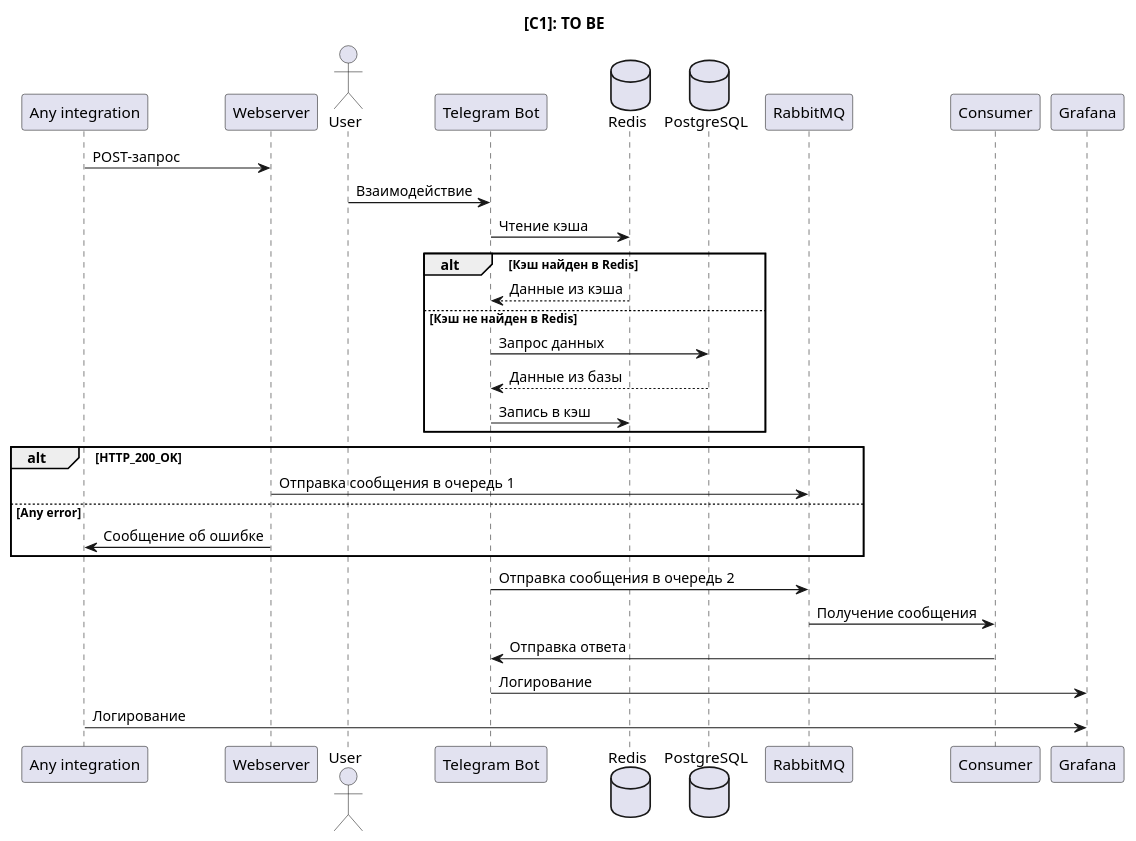
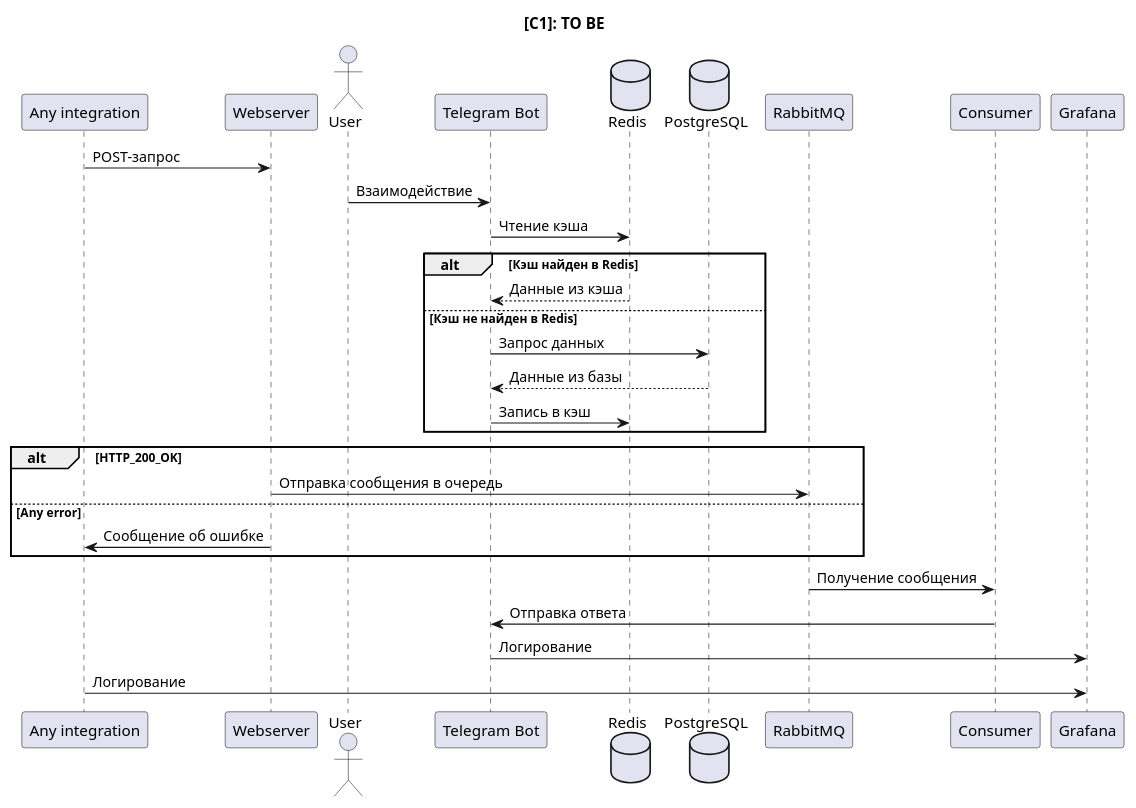
The diagram in docs/to_be/c1.puml (opodryadov/aiogram-bot-example), drawn with PlantUML before and after one commit. The commit also changed 1 other file, not shown here.

Commit message:
Ref: upd schema

```diff
--- a/docs/to_be/c1.puml
+++ b/docs/to_be/c1.puml
@@ -1,36 +1,35 @@
 @startuml
 participant "Any integration"
 participant Webserver
 actor User
 participant "Telegram Bot"
 database Redis
 database PostgreSQL
 participant RabbitMQ
 participant Consumer
 participant Grafana
 
 
 title [C1]: TO BE
 
 "Any integration" -> Webserver: POST-запрос
 User -> "Telegram Bot": Взаимодействие
 "Telegram Bot" -> Redis: Чтение кэша
 alt Кэш найден в Redis
     Redis --> "Telegram Bot": Данные из кэша
 else Кэш не найден в Redis
     "Telegram Bot" -> PostgreSQL: Запрос данных
     PostgreSQL --> "Telegram Bot": Данные из базы
     "Telegram Bot" -> Redis: Запись в кэш
 end
 
 alt HTTP_200_OK
-    Webserver -> RabbitMQ: Отправка сообщения в очередь 1
+    Webserver -> RabbitMQ: Отправка сообщения в очередь
 else Any error
     Webserver -> "Any integration": Сообщение об ошибке
 end
-"Telegram Bot" -> RabbitMQ: Отправка сообщения в очередь 2
 RabbitMQ -> Consumer: Получение сообщения
 Consumer -> "Telegram Bot": Отправка ответа
 "Telegram Bot" -> Grafana: Логирование
 "Any integration" -> Grafana: Логирование
 @enduml
```
